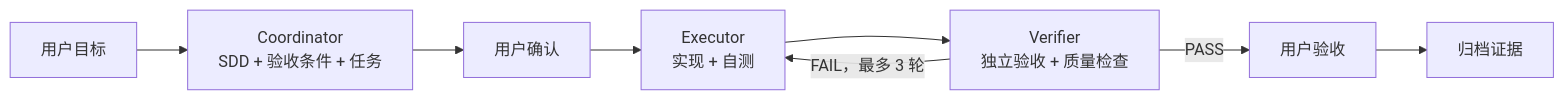
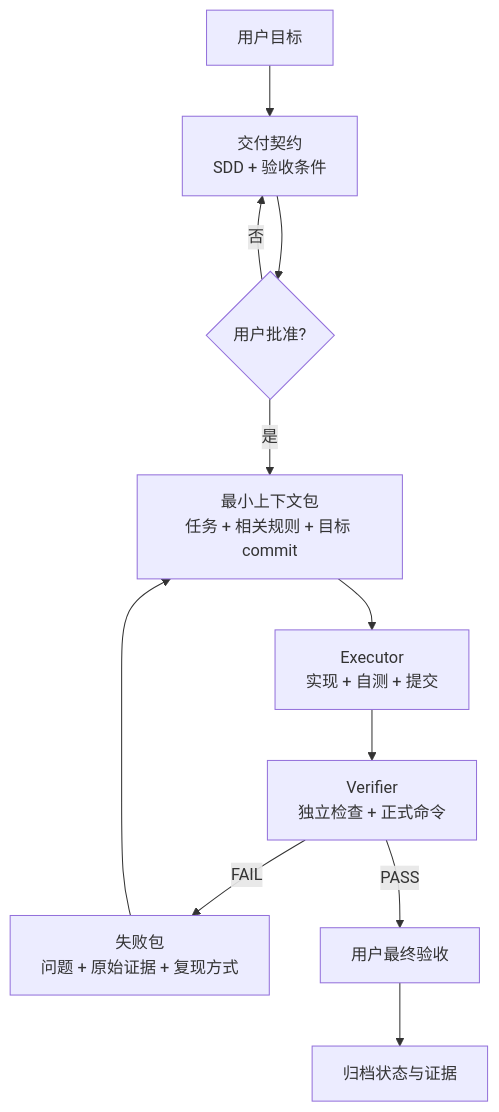
One commit to jerrywang33/emi-harness changed the second of 3 diagrams in README.md. Above: the diagram before and after it, drawn with Mermaid. The commit also changed other lines of this file, not shown here.

````diff
--- a/README.md
+++ b/README.md
@@ -188,10 +72,13 @@
 ```mermaid
-flowchart LR
-    goal["用户目标"] --> plan["Coordinator\nSDD + 验收条件 + 任务"]
-    plan --> confirm["用户确认"]
-    confirm --> execute["Executor\n实现 + 自测"]
-    execute --> verify["Verifier\n独立验收 + 质量检查"]
-    verify -->|FAIL，最多 3 轮| execute
-    verify -->|PASS| accept["用户验收"]
-    accept --> archive["归档证据"]
+flowchart TB
+    goal["用户目标"] --> contract["交付契约<br/>SDD + 验收条件"]
+    contract --> approval{"用户批准?"}
+    approval -->|否| contract
+    approval -->|是| context["最小上下文包<br/>任务 + 相关规则 + 目标 commit"]
+    context --> execute["Executor<br/>实现 + 自测 + 提交"]
+    execute --> verify["Verifier<br/>独立检查 + 正式命令"]
+    verify -->|FAIL| feedback["失败包<br/>问题 + 原始证据 + 复现方式"]
+    feedback --> context
+    verify -->|PASS| acceptance["用户最终验收"]
+    acceptance --> archive["归档状态与证据"]
 ```
````
